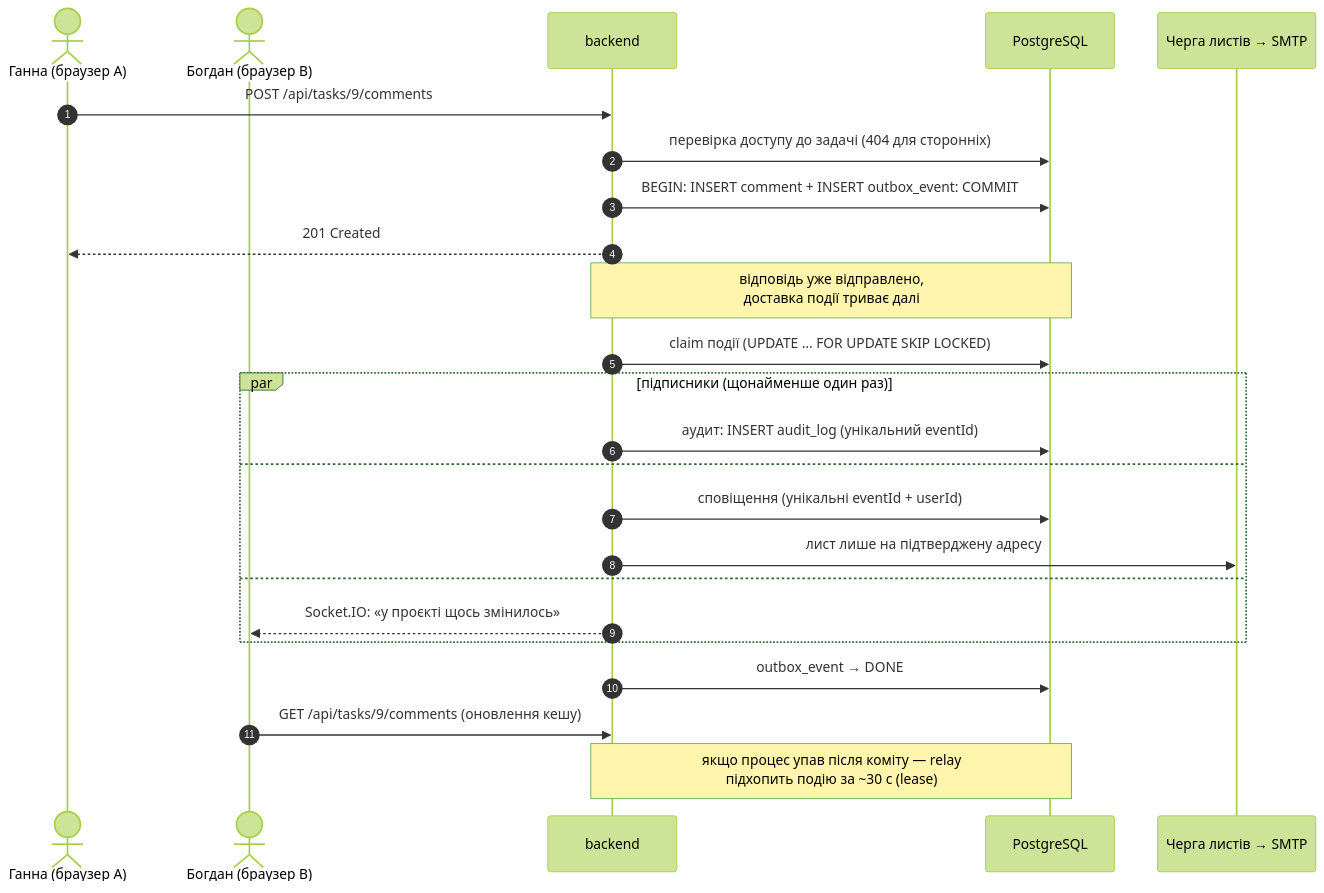
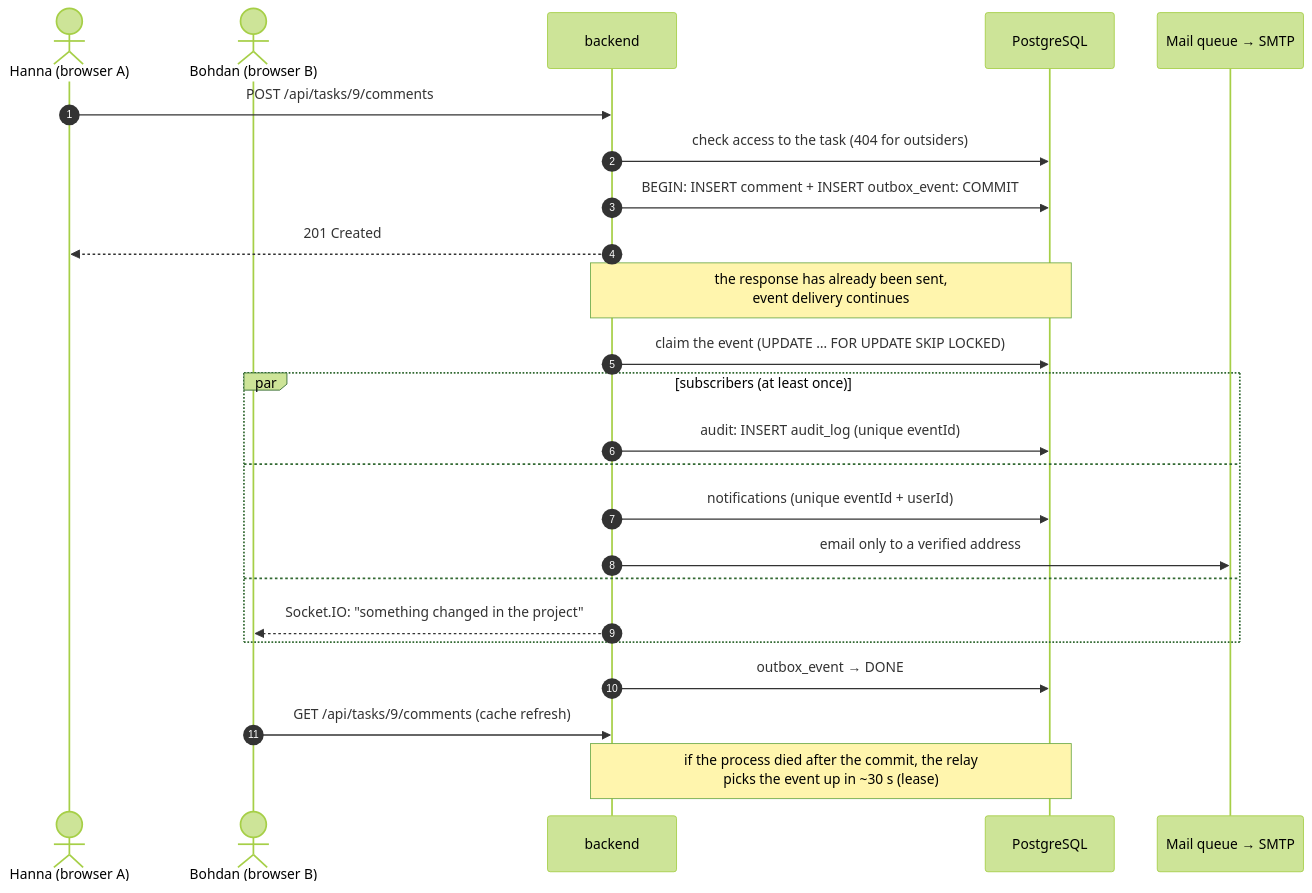
One commit to BurlakaM/flowsync changed the fourth of 5 diagrams in docs/ARCHITECTURE.md. Above: the diagram before and after it, drawn with Mermaid (forest theme). The commit also changed other lines of this file and 62 other files, not shown here.

````diff
--- a/docs/ARCHITECTURE.md
+++ b/docs/ARCHITECTURE.md
@@ -128,27 +128,27 @@
 ```mermaid
 sequenceDiagram
     autonumber
-    actor A as Ганна (браузер A)
-    actor B as Богдан (браузер B)
+    actor A as Hanna (browser A)
+    actor B as Bohdan (browser B)
     participant API as backend
     participant DB as PostgreSQL
-    participant Mail as Черга листів → SMTP
+    participant Mail as Mail queue → SMTP
 
     A->>API: POST /api/tasks/9/comments
-    API->>DB: перевірка доступу до задачі (404 для сторонніх)
+    API->>DB: check access to the task (404 for outsiders)
     API->>DB: BEGIN: INSERT comment + INSERT outbox_event: COMMIT
     API-->>A: 201 Created
-    Note over API,DB: відповідь уже відправлено,<br/>доставка події триває далі
-    API->>DB: claim події (UPDATE … FOR UPDATE SKIP LOCKED)
-    par підписники (щонайменше один раз)
-        API->>DB: аудит: INSERT audit_log (унікальний eventId)
+    Note over API,DB: the response has already been sent,<br/>event delivery continues
+    API->>DB: claim the event (UPDATE … FOR UPDATE SKIP LOCKED)
+    par subscribers (at least once)
+        API->>DB: audit: INSERT audit_log (unique eventId)
     and
-        API->>DB: сповіщення (унікальні eventId + userId)
-        API->>Mail: лист лише на підтверджену адресу
+        API->>DB: notifications (unique eventId + userId)
+        API->>Mail: email only to a verified address
     and
-        API-->>B: Socket.IO: «у проєкті щось змінилось»
+        API-->>B: Socket.IO: "something changed in the project"
     end
     API->>DB: outbox_event → DONE
-    B->>API: GET /api/tasks/9/comments (оновлення кешу)
-    Note over API,DB: якщо процес упав після коміту — relay<br/>підхопить подію за ~30 с (lease)
+    B->>API: GET /api/tasks/9/comments (cache refresh)
+    Note over API,DB: if the process died after the commit, the relay<br/>picks the event up in ~30 s (lease)
 ```
````
